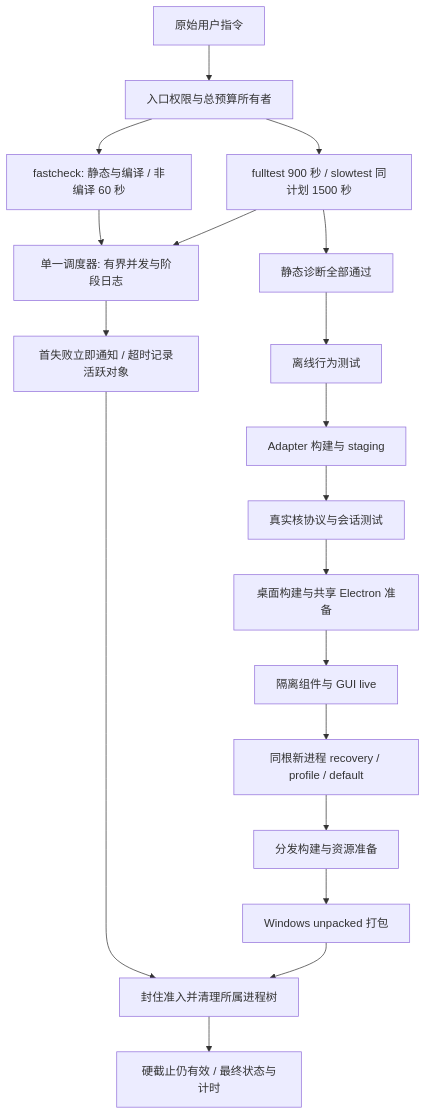
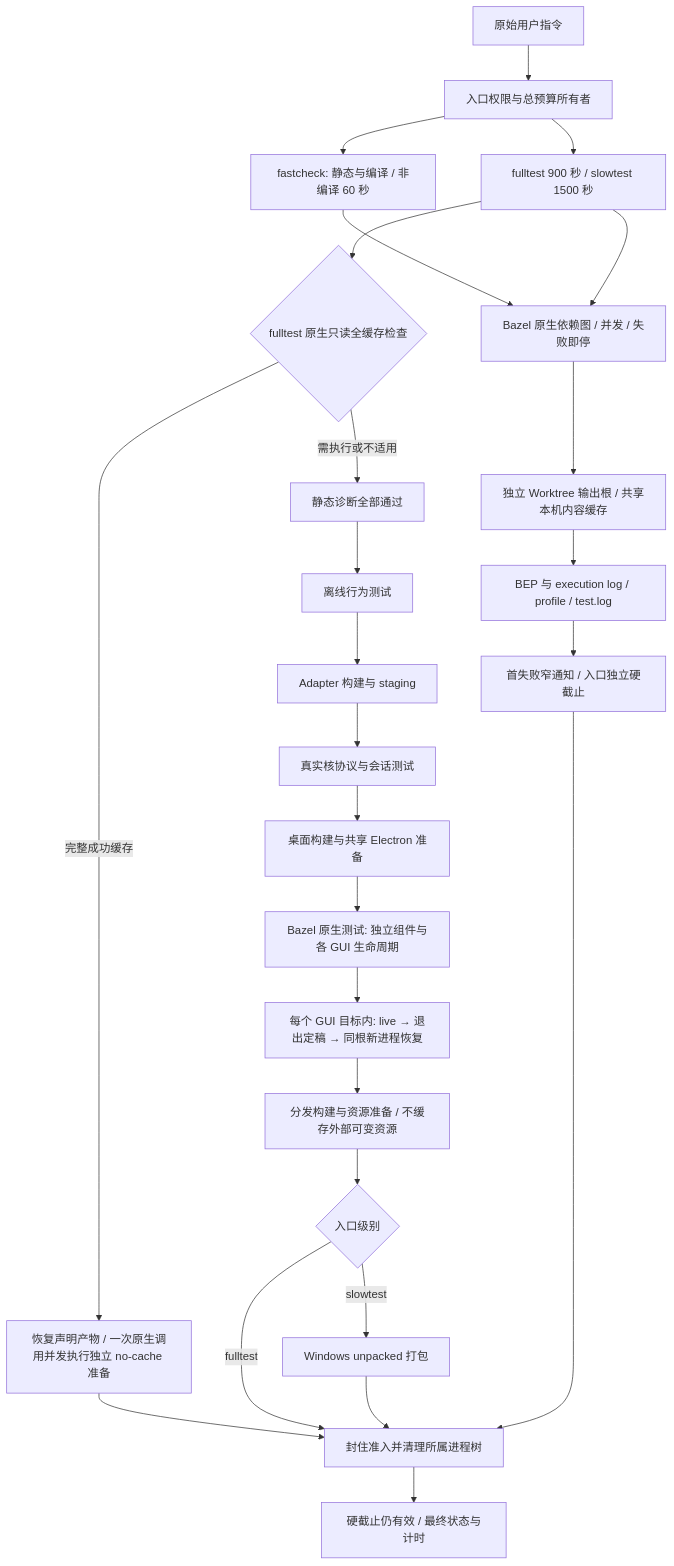
The first of 4 diagrams in docs/requirements/test-gates.md (jchanghong023/OmpCode), drawn with Mermaid before and after one commit. The commit also changed other lines of this file and 43 other files, not shown here.

Commit message:
perf(gates): unify Bazel caching and accelerate warm fulltest

````diff
--- a/docs/requirements/test-gates.md
+++ b/docs/requirements/test-gates.md
@@ -26,21 +53,28 @@
 ```mermaid
 flowchart TD
   A[原始用户指令] --> B[入口权限与总预算所有者]
   B --> C[fastcheck: 静态与编译 / 非编译 60 秒]
-  B --> D[fulltest 900 秒 / slowtest 同计划 1500 秒]
-  D --> E[静态诊断全部通过]
+  B --> D[fulltest 900 秒 / slowtest 1500 秒]
+  D --> V{fulltest 原生只读全缓存检查}
+  V -->|完整成功缓存| W[恢复声明产物 / 一次原生调用并发执行独立 no-cache 准备]
+  W --> Q
+  V -->|需执行或不适用| E[静态诊断全部通过]
   E --> F[离线行为测试]
   F --> H[Adapter 构建与 staging]
   H --> I[真实核协议与会话测试]
   I --> J[桌面构建与共享 Electron 准备]
-  J --> K[隔离组件与 GUI live]
-  K --> L[同根新进程 recovery / profile / default]
-  L --> M[分发构建与资源准备]
-  M --> N[Windows unpacked 打包]
-  C --> O[单一调度器: 有界并发与阶段日志]
+  J --> K[Bazel 原生测试: 独立组件与各 GUI 生命周期]
+  K --> L[每个 GUI 目标内: live → 退出定稿 → 同根新进程恢复]
+  L --> M[分发构建与资源准备 / 不缓存外部可变资源]
+  M --> U{入口级别}
+  U -->|fulltest| Q
+  U -->|slowtest| N[Windows unpacked 打包]
+  C --> O[Bazel 原生依赖图 / 并发 / 失败即停]
   D --> O
-  O --> P[首失败立即通知 / 超时记录活跃对象]
+  O --> S[独立 Worktree 输出根 / 共享本机内容缓存]
+  S --> T[BEP 与 execution log / profile / test.log]
+  T --> P[首失败窄通知 / 入口独立硬截止]
   P --> Q[封住准入并清理所属进程树]
   N --> Q
   Q --> R[硬截止仍有效 / 最终状态与计时]
 ```
````
